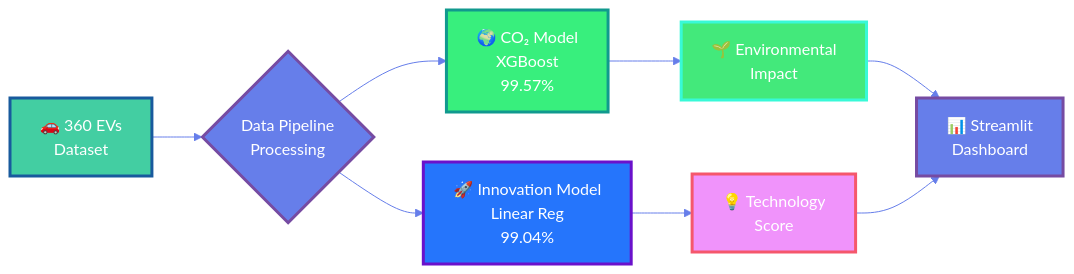
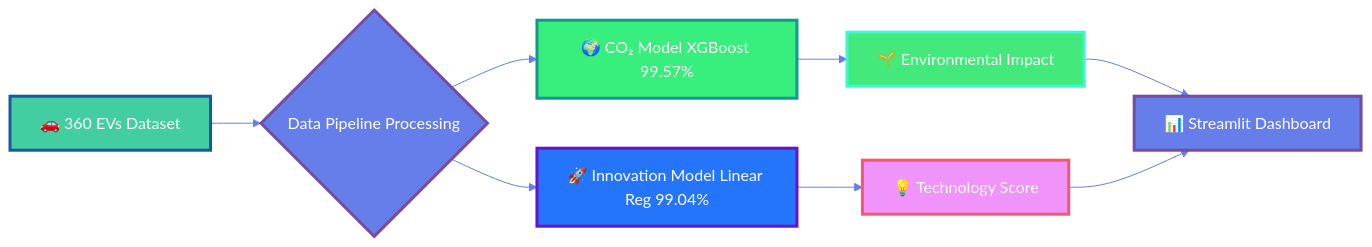
Before and after one commit to Itsshraddha/EVerGreen: the first of 15 diagrams in README.md, drawn with Mermaid. The commit also changed other lines of this file, not shown here.

````diff
--- a/README.md
+++ b/README.md
@@ -62,19 +61,19 @@
 ```mermaid
 %%{init: {'theme':'base', 'themeVariables': { 'primaryColor':'#43cea2','primaryTextColor':'#fff','primaryBorderColor':'#185a9d','lineColor':'#667eea','secondaryColor':'#38ef7d','tertiaryColor':'#2575fc'}}}%%
 graph LR
-    A[🚗 360 EVs<br/>Dataset] --> B{Data Pipeline<br/>Processing}
-    B --> C[🌍 CO₂ Model<br/>XGBoost<br/>99.57%]
-    B --> D[🚀 Innovation Model<br/>Linear Reg<br/>99.04%]
-    C --> E[🌱 Environmental<br/>Impact]
-    D --> F[💡 Technology<br/>Score]
-    E --> G[📊 Streamlit<br/>Dashboard]
+    A[🚗 360 EVs Dataset] --> B{Data Pipeline Processing}
+    B --> C[🌍 CO₂ Model XGBoost 99.57%]
+    B --> D[🚀 Innovation Model Linear Reg 99.04%]
+    C --> E[🌱 Environmental Impact]
+    D --> F[💡 Technology Score]
+    E --> G[📊 Streamlit Dashboard]
     F --> G
     
     style A fill:#43cea2,stroke:#185a9d,stroke-width:3px,color:#fff
     style B fill:#667eea,stroke:#764ba2,stroke-width:3px,color:#fff
     style C fill:#38ef7d,stroke:#11998e,stroke-width:3px,color:#fff
     style D fill:#2575fc,stroke:#6a11cb,stroke-width:3px,color:#fff
     style E fill:#43e97b,stroke:#38f9d7,stroke-width:3px,color:#fff
     style F fill:#f093fb,stroke:#f5576c,stroke-width:3px,color:#fff
     style G fill:#667eea,stroke:#764ba2,stroke-width:3px,color:#fff
 ```
````
